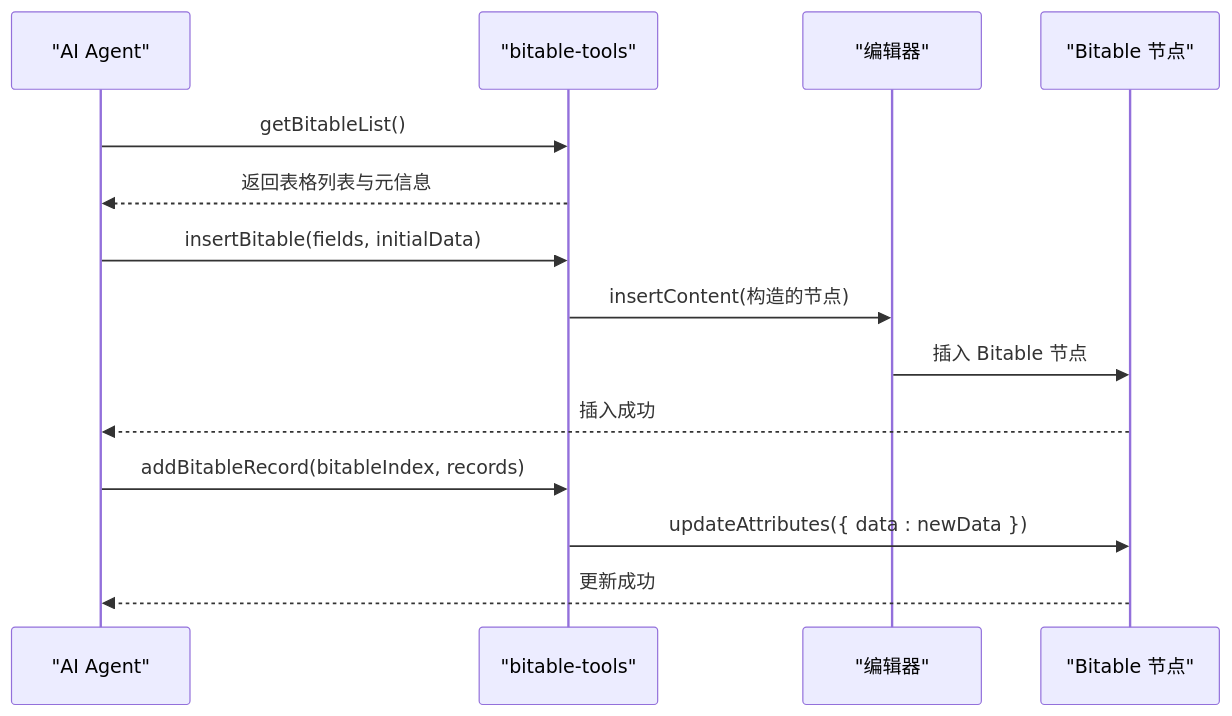
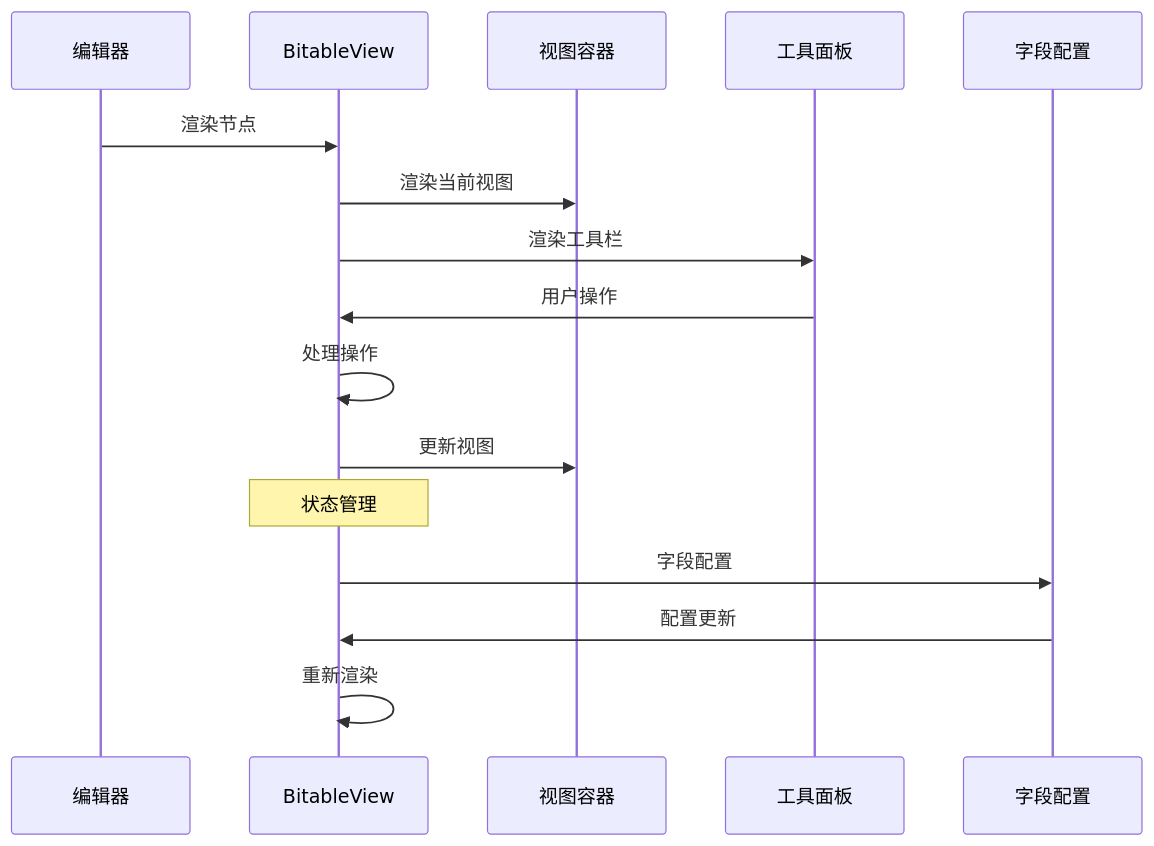
The ninth of 12 diagrams in .qoder/repowiki/zh/content/Plugin Bitable.md (LRF0422/Kotion), drawn with Mermaid before and after one commit. The commit also changed other lines of this file and 23 other files, not shown here.

````diff
--- a/.qoder/repowiki/zh/content/Plugin Bitable.md
+++ b/.qoder/repowiki/zh/content/Plugin Bitable.md
@@ -495,16 +392,18 @@
 ```mermaid
 sequenceDiagram
-participant Agent as "AI Agent"
-participant Tools as "bitable-tools"
-participant Editor as "编辑器"
-participant Node as "Bitable 节点"
-Agent->>Tools : getBitableList()
-Tools-->>Agent : 返回表格列表与元信息
-Agent->>Tools : insertBitable(fields, initialData)
-Tools->>Editor : insertContent(构造的节点)
-Editor->>Node : 插入 Bitable 节点
-Node-->>Agent : 插入成功
-Agent->>Tools : addBitableRecord(bitableIndex, records)
-Tools->>Node : updateAttributes({ data : newData })
-Node-->>Agent : 更新成功
+participant Editor as 编辑器
+participant BV as BitableView
+participant VC as 视图容器
+participant TP as 工具面板
+participant FC as 字段配置
+Editor->>BV : 渲染节点
+BV->>VC : 渲染当前视图
+BV->>TP : 渲染工具栏
+TP->>BV : 用户操作
+BV->>BV : 处理操作
+BV->>VC : 更新视图
+Note over BV : 状态管理
+BV->>FC : 字段配置
+FC->>BV : 配置更新
+BV->>BV : 重新渲染
 ```
````
